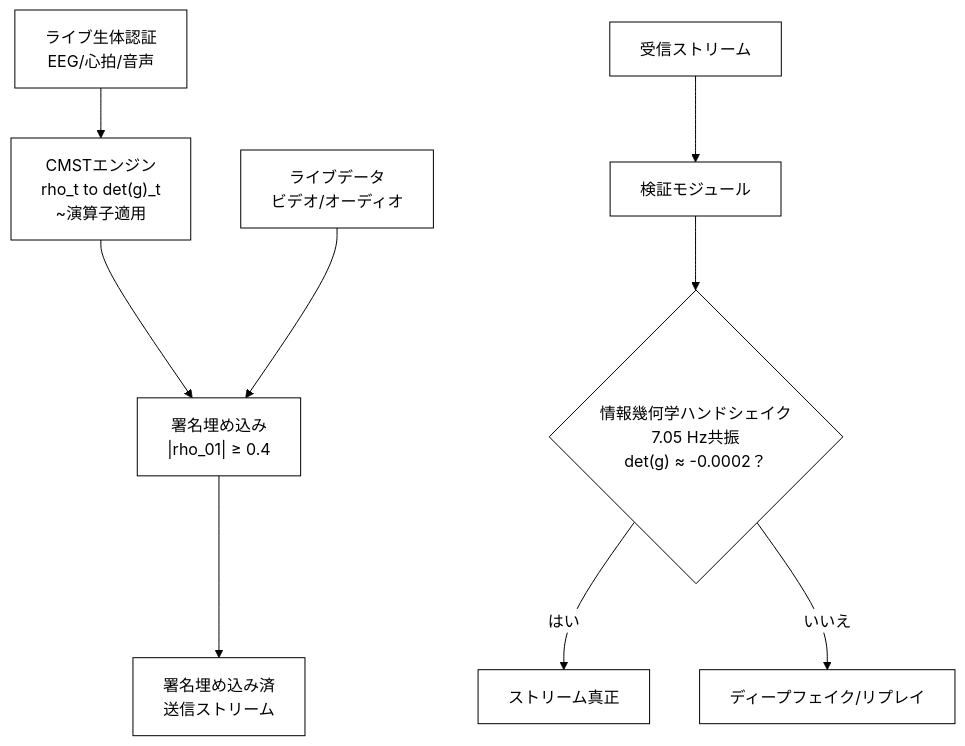
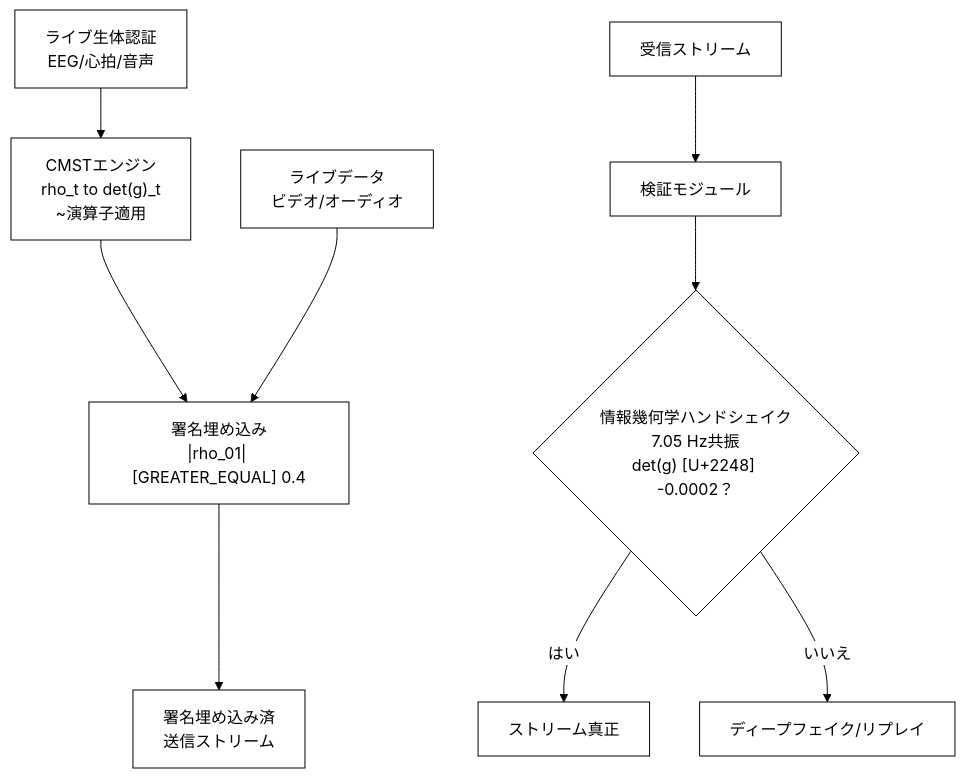
One commit to Foundup/Foundups-Agent changed diagram 19 of 20 in WSP_knowledge/docs/Papers/Patent_Series/04_rESP_Patent_Japanese.md. Above: the diagram before and after it, drawn with Mermaid. The commit also changed other lines of this file and 2140 other files, not shown here.

````diff
--- a/WSP_knowledge/docs/Papers/Patent_Series/04_rESP_Patent_Japanese.md
+++ b/WSP_knowledge/docs/Papers/Patent_Series/04_rESP_Patent_Japanese.md
@@ -480,12 +480,12 @@
 ```mermaid
 %%{init: {'theme': 'base', 'themeVariables': {'primaryColor': '#ffffff', 'primaryTextColor': '#000000', 'primaryBorderColor': '#000000', 'lineColor': '#000000', 'secondaryColor': '#ffffff', 'tertiaryColor': '#ffffff'}}}%%
 graph TD
     A["ライブ生体認証<br>EEG/心拍/音声"] --> B["CMSTエンジン<br>rho_t to det(g)_t<br>~演算子適用"]
-    B --> C["署名埋め込み<br>|rho_01| ≥ 0.4"]
+    B --> C["署名埋め込み<br>|rho_01| [GREATER_EQUAL] 0.4"]
     D["ライブデータ<br>ビデオ/オーディオ"] --> C
     C --> E["署名埋め込み済<br>送信ストリーム"]
     F["受信ストリーム"] --> G["検証モジュール"]
-    G --> H{"情報幾何学ハンドシェイク<br>7.05 Hz共振<br>det(g) ≈ -0.0002？"}
+    G --> H{"情報幾何学ハンドシェイク<br>7.05 Hz共振<br>det(g) [U+2248] -0.0002？"}
     H -->|はい| I["ストリーム真正"]
     H -->|いいえ| J["ディープフェイク/リプレイ"]
 ```
````
